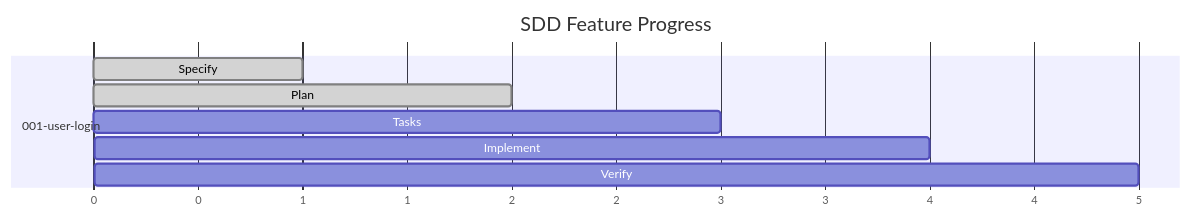
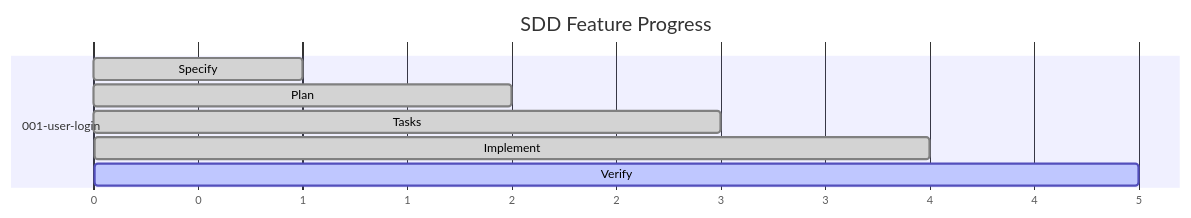
The second of 3 diagrams in README.md (CIFO-CTRD0040-Eines-IA-Prog-2026/SideProjectAIdvisor), drawn with Mermaid before and after one commit. The commit also changed other lines of this file, not shown here.

Commit message:
docs: update SDD workflow diagram and feature status gantt with real project progress

````diff
--- a/README.md
+++ b/README.md
@@ -159,13 +172,13 @@
 ```mermaid
 gantt
     title SDD Feature Progress
     dateFormat X
     axisFormat %s
 
     section 001-user-login
     Specify     :done, spec1, 0, 1
     Plan        :done, plan1, 1, 2
-    Tasks       :task1, 2, 3
-    Implement   :impl1, 3, 4
-    Verify      :veri1, 4, 5
+    Tasks       :done, task1, 2, 3
+    Implement   :done, impl1, 3, 4
+    Verify      :active, veri1, 4, 5
 ```
````
